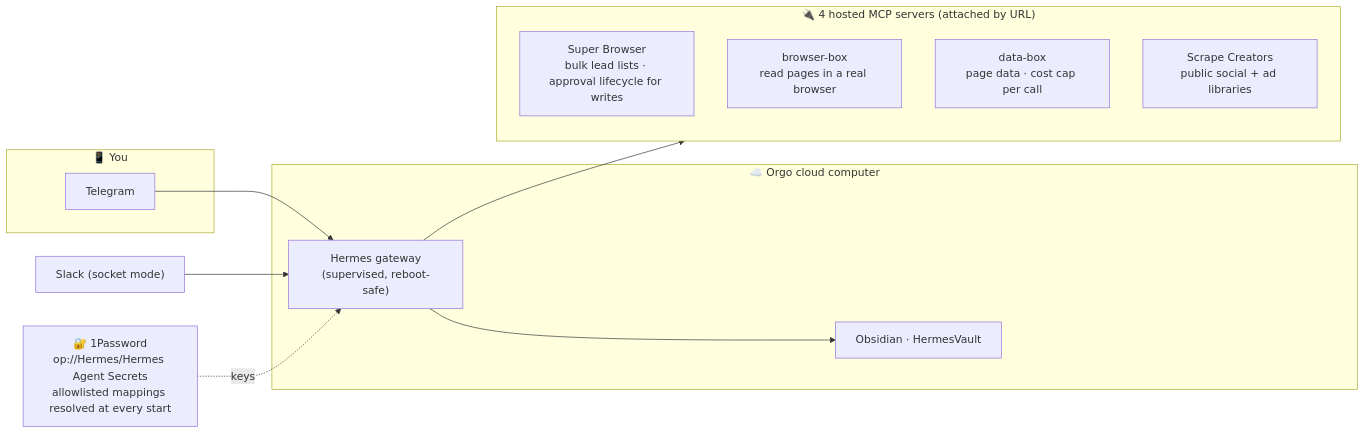
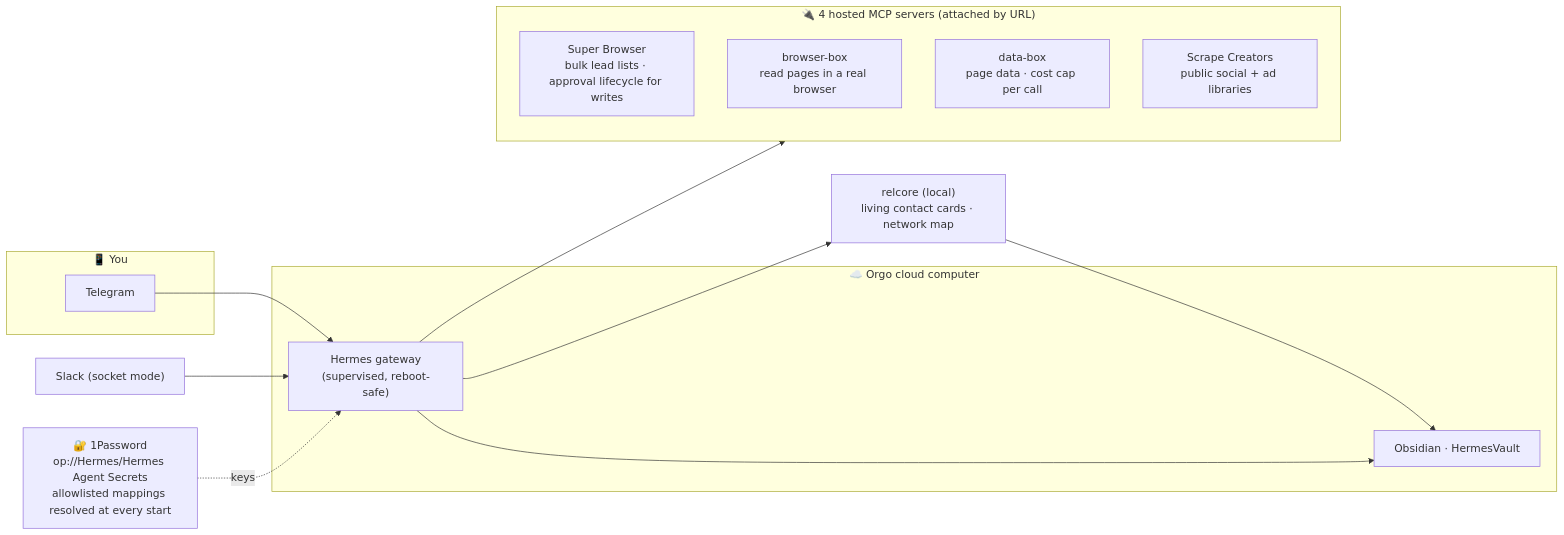
One commit to jbellsolutions/revenue-partner-agent changed the diagram in README.md. Above: the diagram before and after it, drawn with Mermaid. The commit also changed other lines of this file and 94 other files, not shown here.

First line of the commit message:
Network map: relcore as a local MCP server and the network-map skill

````diff
--- a/README.md
+++ b/README.md
@@ -279,26 +279,30 @@
 ```mermaid
 flowchart LR
     subgraph you["📱 You"]
         TG["Telegram"]
     end
 
     subgraph vm["☁️ Orgo cloud computer"]
         GW["Hermes gateway<br/>(supervised, reboot-safe)"]
         OBS["Obsidian · HermesVault"]
     end
 
     subgraph mcp["🔌 4 hosted MCP servers (attached by URL)"]
         SB["Super Browser<br/>bulk lead lists · approval lifecycle for writes"]
         BB["browser-box<br/>read pages in a real browser"]
         DB["data-box<br/>page data · cost cap per call"]
         SC["Scrape Creators<br/>public social + ad libraries"]
     end
 
+    RC["relcore (local)<br/>living contact cards · network map"]
+
     OP["🔐 1Password<br/>op://Hermes/Hermes Agent Secrets<br/>allowlisted mappings resolved at every start"]
 
     TG --> GW
     SL["Slack (socket mode)"] --> GW
     GW --> mcp
+    GW --> RC
+    RC --> OBS
     GW --> OBS
     OP -. keys .-> GW
 ```
````
